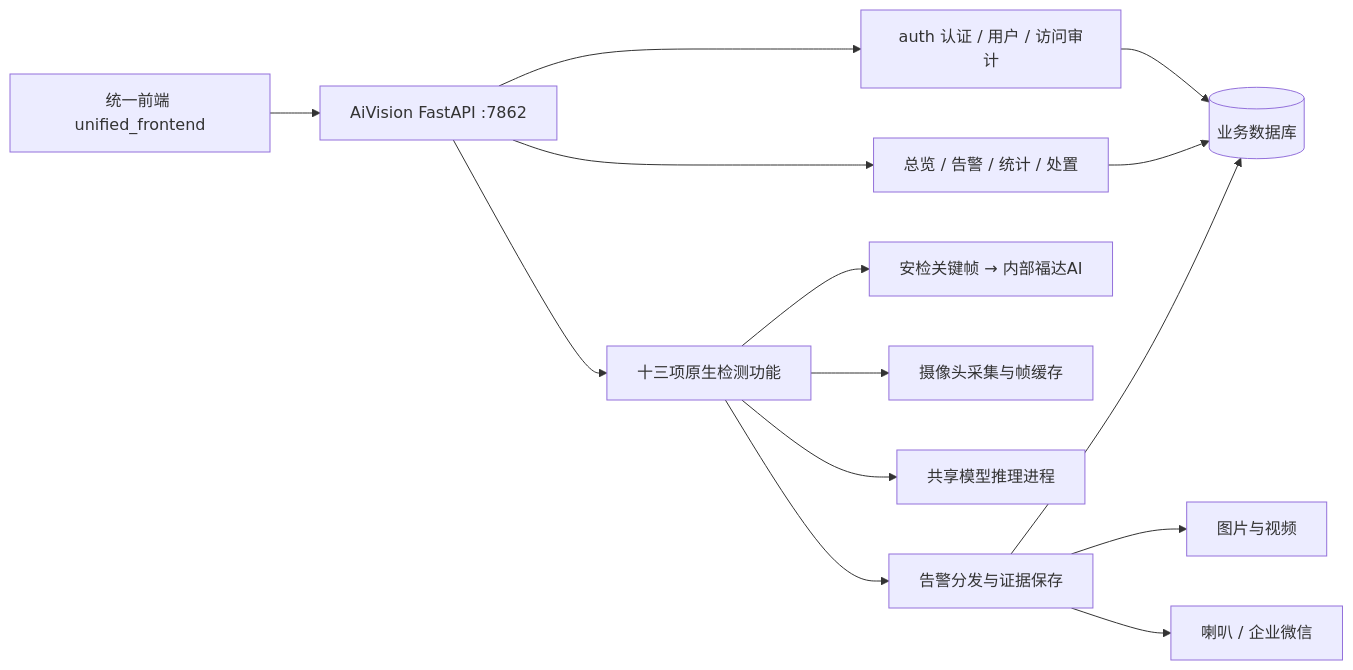
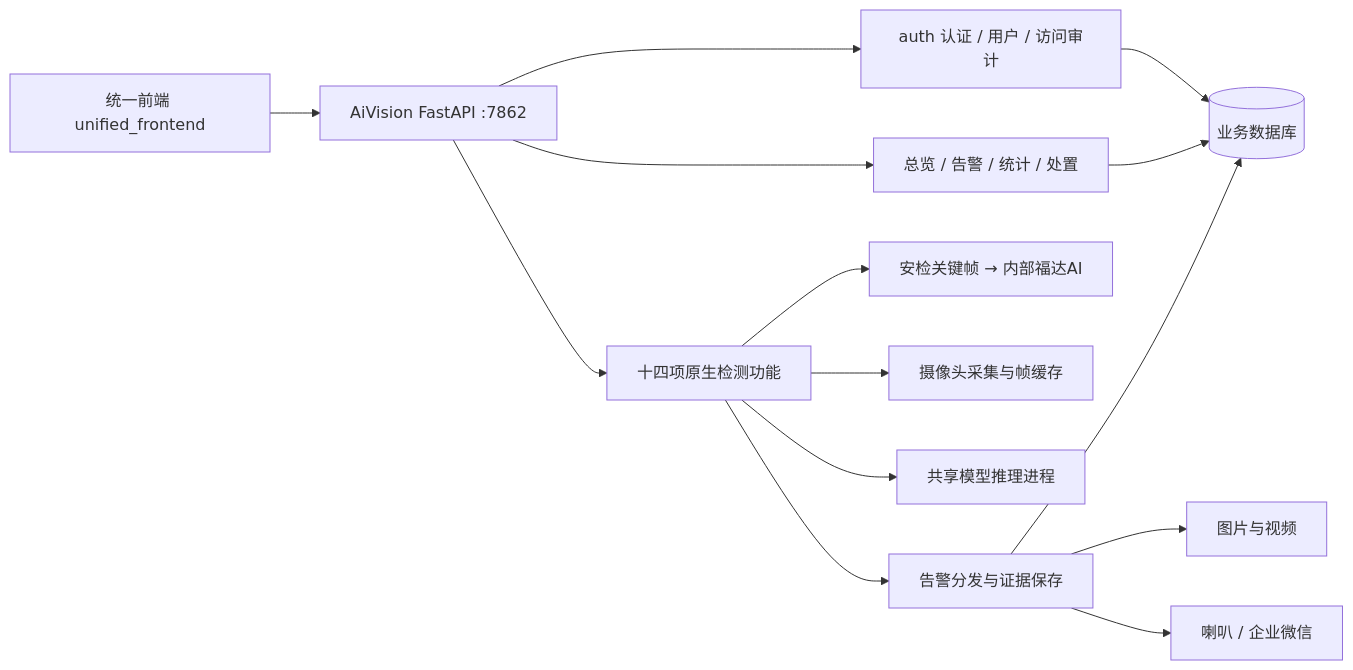
Before and after one commit to asmellperson/CVproject1: the first of 3 diagrams in AiVision/README.md, drawn with Mermaid. The commit also changed other lines of this file and 40 other files, not shown here.

````diff
--- a/AiVision/README.md
+++ b/AiVision/README.md
@@ -29,16 +29,16 @@
 ```mermaid
 flowchart LR
     UI[统一前端 unified_frontend] --> API[AiVision FastAPI :7862]
     API --> Auth[auth 认证 / 用户 / 访问审计]
-    API --> Features[十三项原生检测功能]
+    API --> Features[十四项原生检测功能]
     API --> Records[总览 / 告警 / 统计 / 处置]
     Auth --> DB
     Records --> DB
     Features --> Qwen[安检关键帧 → 内部福达AI]
     Features --> Cameras[摄像头采集与帧缓存]
     Features --> Models[共享模型推理进程]
     Features --> Alarms[告警分发与证据保存]
     Alarms --> DB[(业务数据库)]
     Alarms --> Media[图片与视频]
     Alarms --> Notify[喇叭 / 企业微信]
 ```
````
